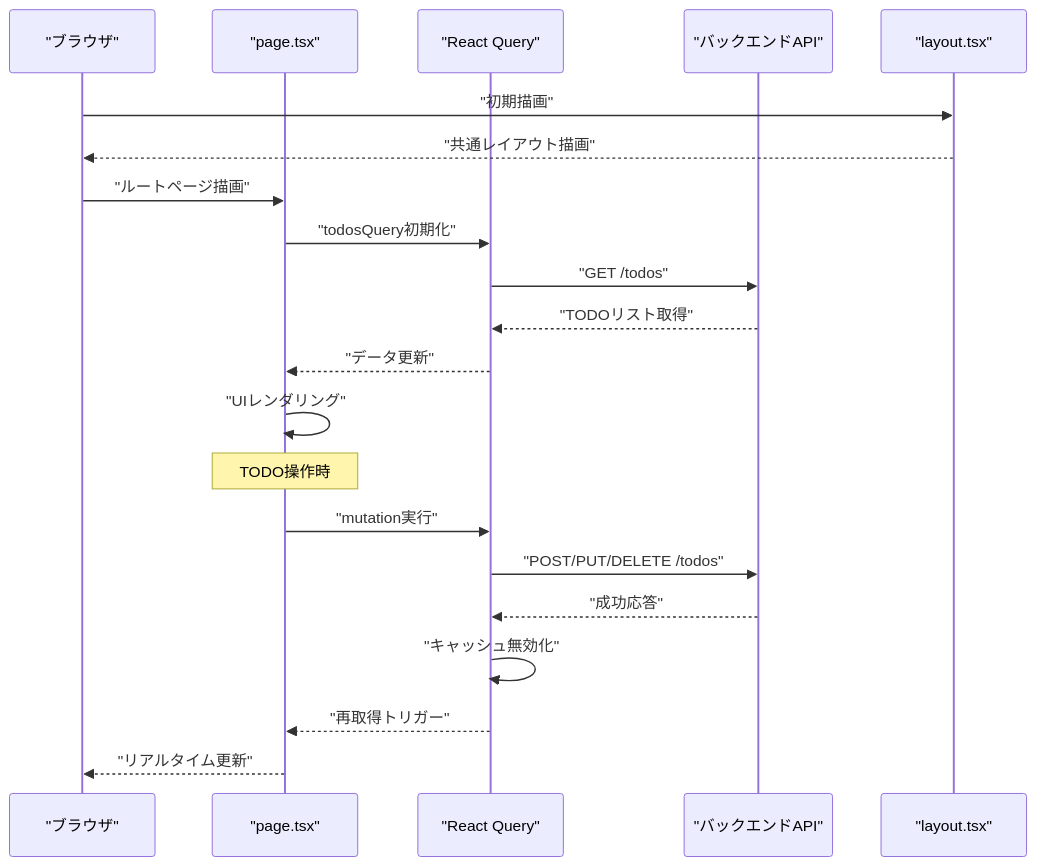
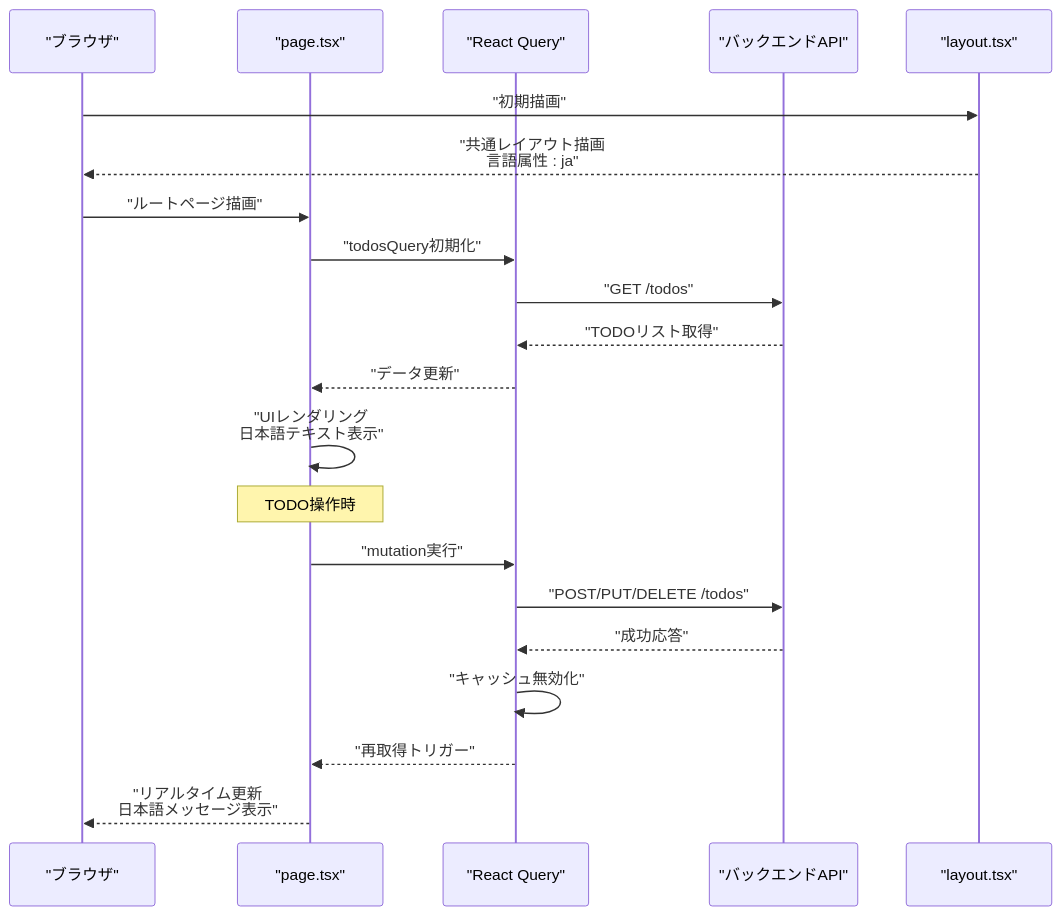
The fourth of 13 diagrams in .qoder/repowiki/ja/content/フロントエンド開発.md (ss8806/Todos), drawn with Mermaid before and after one commit. The commit also changed other lines of this file and 5 other files, not shown here.

````diff
--- a/.qoder/repowiki/ja/content/フロントエンド開発.md
+++ b/.qoder/repowiki/ja/content/フロントエンド開発.md
@@ -282,23 +294,23 @@
 ```mermaid
 sequenceDiagram
 participant Browser as "ブラウザ"
 participant Page as "page.tsx"
 participant Query as "React Query"
 participant API as "バックエンドAPI"
 participant Layout as "layout.tsx"
 Browser->>Layout : "初期描画"
-Layout-->>Browser : "共通レイアウト描画"
+Layout-->>Browser : "共通レイアウト描画<br/>言語属性 : ja"
 Browser->>Page : "ルートページ描画"
 Page->>Query : "todosQuery初期化"
 Query->>API : "GET /todos"
 API-->>Query : "TODOリスト取得"
 Query-->>Page : "データ更新"
-Page->>Page : "UIレンダリング"
+Page->>Page : "UIレンダリング<br/>日本語テキスト表示"
 Note over Page : TODO操作時
 Page->>Query : "mutation実行"
 Query->>API : "POST/PUT/DELETE /todos"
 API-->>Query : "成功応答"
 Query->>Query : "キャッシュ無効化"
 Query-->>Page : "再取得トリガー"
-Page-->>Browser : "リアルタイム更新"
+Page-->>Browser : "リアルタイム更新<br/>日本語メッセージ表示"
 ```
````
